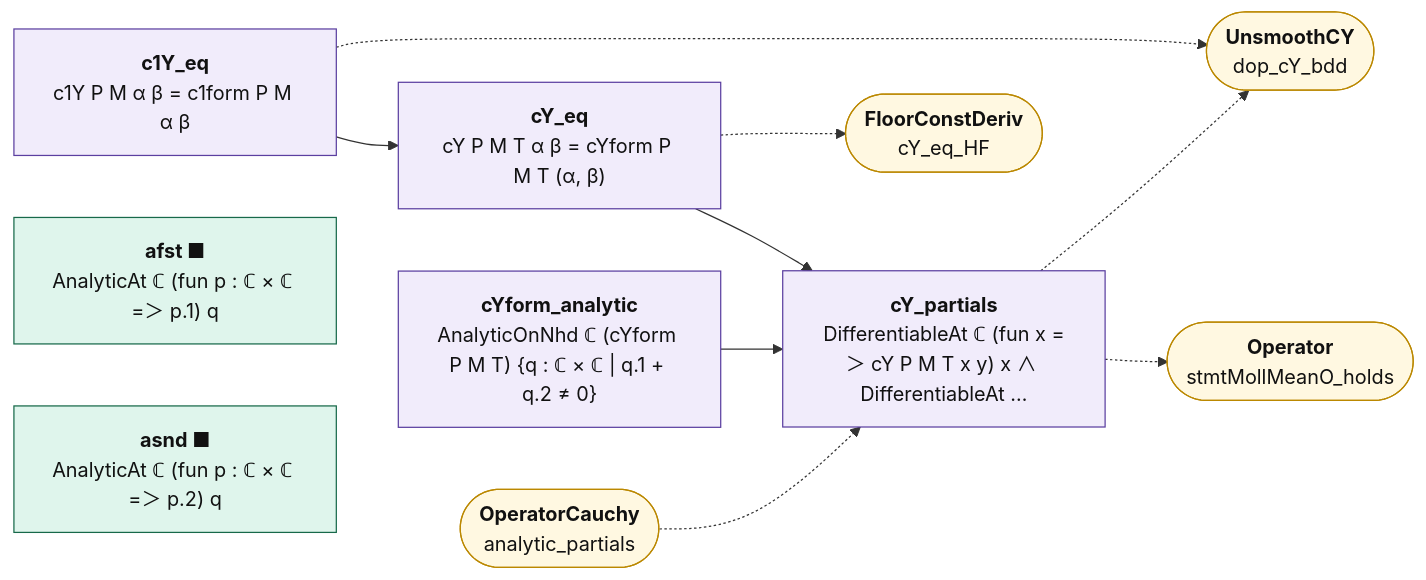
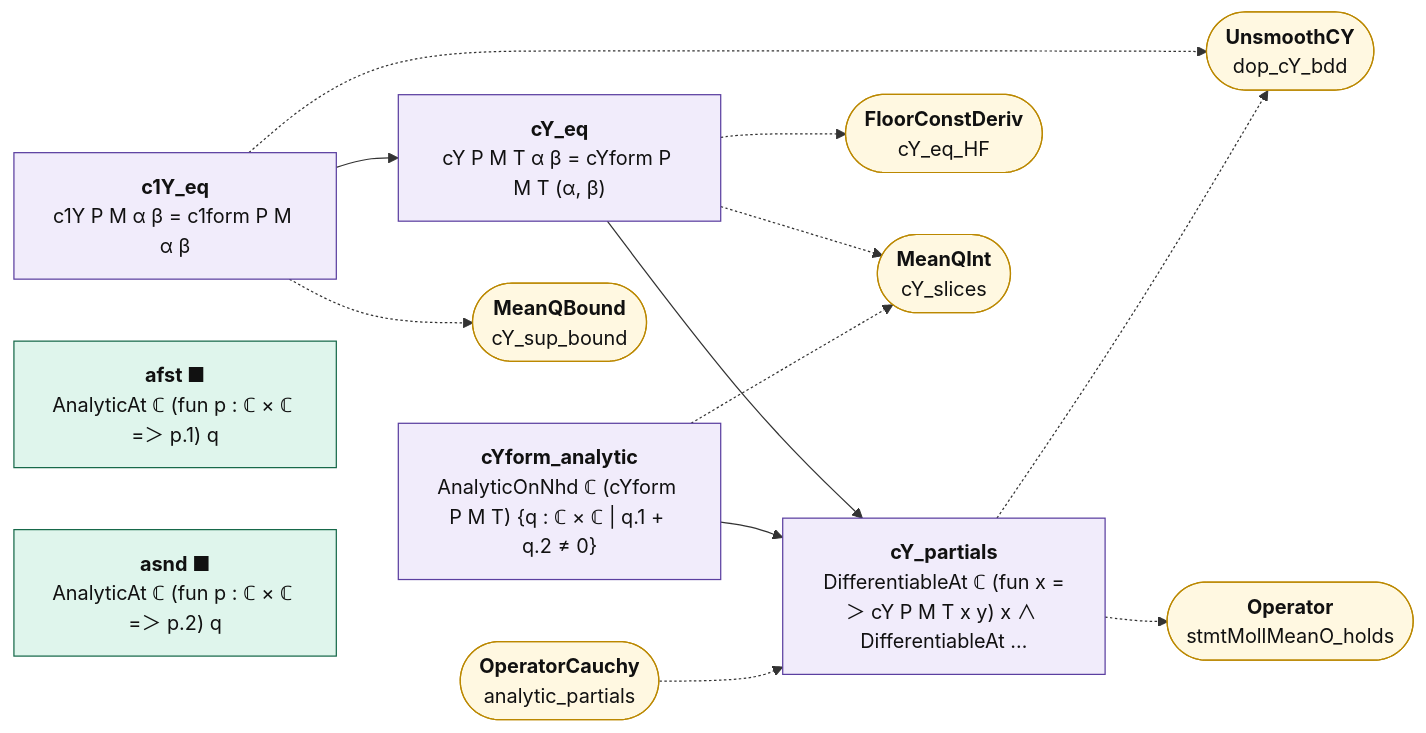
Before and after one commit to juliansambranojr/Primebeat_081426: the diagram in map/lean_stage3/OperatorCY.md, drawn with Mermaid. The commit also changed other lines of this file and 46 other files, not shown here.

````diff
--- a/map/lean_stage3/OperatorCY.md
+++ b/map/lean_stage3/OperatorCY.md
@@ -14,29 +14,34 @@
 ```mermaid
 flowchart LR
   n0["<b>c1Y_eq</b><br/>c1Y P M α β = c1form P M α β"]:::shp
   n1["<b>cY_eq</b><br/>cY P M T α β = cYform P M T (α, β)"]:::shp
   n2["<b>afst ■</b><br/>AnalyticAt ℂ (fun p : ℂ × ℂ =＞ p.1) q"]:::cnt
   n3["<b>asnd ■</b><br/>AnalyticAt ℂ (fun p : ℂ × ℂ =＞ p.2) q"]:::cnt
   n4["<b>cYform_analytic</b><br/>AnalyticOnNhd ℂ (cYform P M T) {q : ℂ × ℂ | q.1 + q.2 ≠ 0}"]:::shp
   n5["<b>cY_partials</b><br/>DifferentiableAt ℂ (fun x =＞ cY P M T x y) x ∧ DifferentiableAt …"]:::shp
-  x0(["<b>UnsmoothCY</b><br/>dop_cY_bdd"]):::ext
-  x1(["<b>FloorConstDeriv</b><br/>cY_eq_HF"]):::ext
-  x2(["<b>OperatorCauchy</b><br/>analytic_partials"]):::ext
-  x3(["<b>Operator</b><br/>stmtMollMeanO_holds"]):::ext
+  x0(["<b>MeanQBound</b><br/>cY_sup_bound"]):::ext
+  x1(["<b>UnsmoothCY</b><br/>dop_cY_bdd"]):::ext
+  x2(["<b>FloorConstDeriv</b><br/>cY_eq_HF"]):::ext
+  x3(["<b>MeanQInt</b><br/>cY_slices"]):::ext
+  x4(["<b>OperatorCauchy</b><br/>analytic_partials"]):::ext
+  x5(["<b>Operator</b><br/>stmtMollMeanO_holds"]):::ext
   n0 --> n1
   n1 --> n5
   n4 --> n5
   n0 -.-> x0
-  n1 -.-> x1
-  n5 -.-> x0
-  n5 -.-> x3
-  x2 -.-> n5
+  n0 -.-> x1
+  n1 -.-> x2
+  n1 -.-> x3
+  n4 -.-> x3
+  n5 -.-> x1
+  n5 -.-> x5
+  x4 -.-> n5
   classDef cnt fill:#dff5ec,stroke:#17694a,color:#111
   classDef shp fill:#f1ecfb,stroke:#5b3fa0,color:#111
   classDef rh fill:#ffe5e5,stroke:#c22,color:#111,stroke-width:2px
   classDef thm fill:#eef4ff,stroke:#335,color:#111
   classDef end_ fill:#e7f7e7,stroke:#2a7,color:#111,stroke-width:2px
   classDef lone fill:#fff,stroke:#999,color:#111,stroke-dasharray:4 3
   classDef bad fill:#ffe5e5,stroke:#c22,color:#111,stroke-width:2px
   classDef ext fill:#fff8e1,stroke:#b80,color:#111
 ```
````
